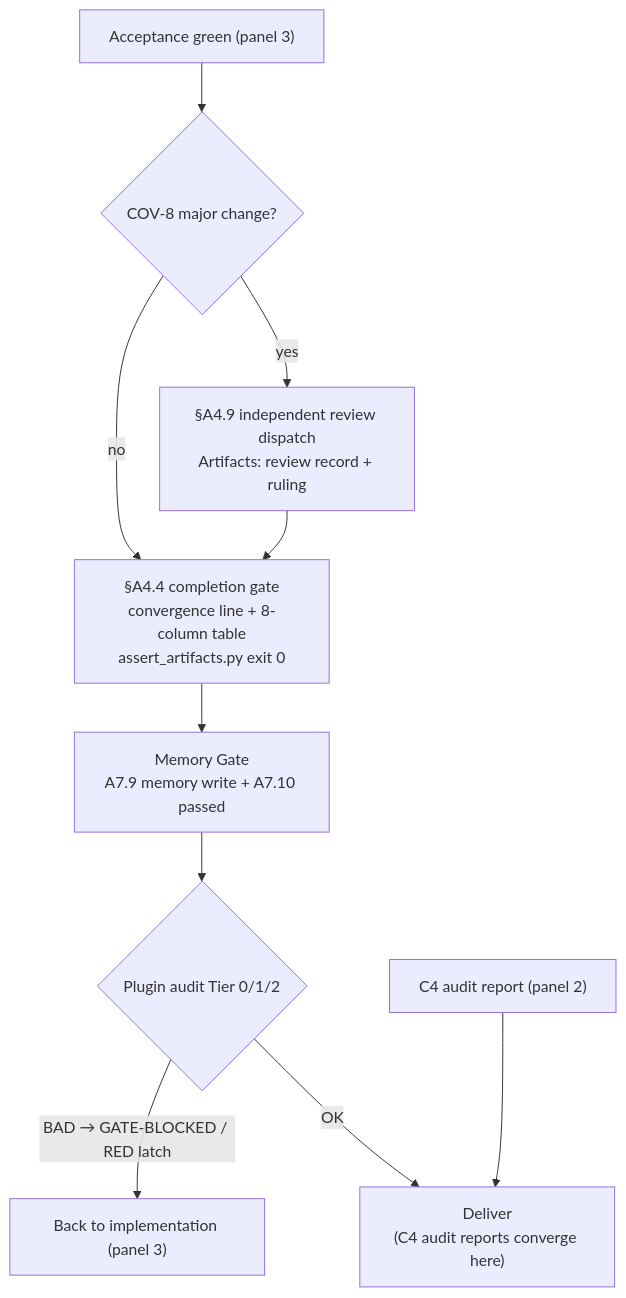
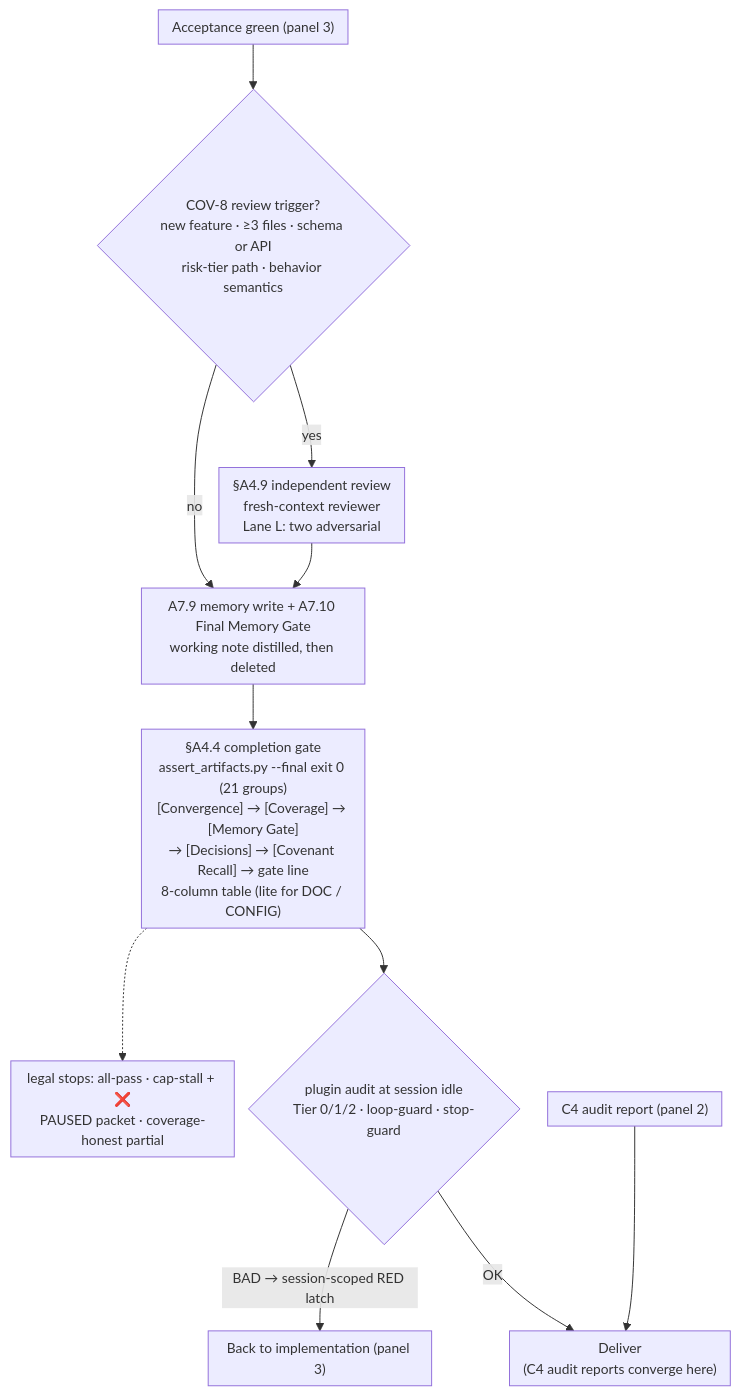
The diagram in docs/assets/workflow-4-en.mmd (logandoo/vibeweaver), drawn with Mermaid before and after one commit. The commit also changed 17 other files, not shown here.

First line of the commit message:
docs(readme): align workflow graphs with the payload, plain out the prose

```diff
--- a/docs/assets/workflow-4-en.mmd
+++ b/docs/assets/workflow-4-en.mmd
@@ -1,10 +1,12 @@
+%%{init: {"flowchart": {"nodeSpacing": 14, "rankSpacing": 46, "padding": 7}, "themeVariables": {"fontSize": "14px"}}}%%
 flowchart TD
-    J["Acceptance green (panel 3)"] --> K{"COV-8 major change?"}
-    K -->|"yes"| L["§A4.9 independent review dispatch<br/>Artifacts: review record + ruling"]
-    K -->|"no"| M["§A4.4 completion gate<br/>convergence line + 8-column table<br/>assert_artifacts.py exit 0"]
-    L --> M
-    M --> N["Memory Gate<br/>A7.9 memory write + A7.10 passed"]
-    N --> P{"Plugin audit Tier 0/1/2"}
-    P -->|"BAD → GATE-BLOCKED / RED latch"| E["Back to implementation (panel 3)"]
+    J["Acceptance green (panel 3)"] --> K{"COV-8 review trigger?<br/>new feature · ≥3 files · schema or API<br/>risk-tier path · behavior semantics"}
+    K -->|"yes"| L["§A4.9 independent review<br/>fresh-context reviewer<br/>Lane L: two adversarial"]
+    K -->|"no"| N["A7.9 memory write + A7.10 Final Memory Gate<br/>working note distilled, then deleted"]
+    L --> N
+    N --> M["§A4.4 completion gate<br/>assert_artifacts.py --final exit 0 (21 groups)<br/>[Convergence] → [Coverage] → [Memory Gate]<br/>→ [Decisions] → [Covenant Recall] → gate line<br/>8-column table (lite for DOC / CONFIG)"]
+    M -.-> S["legal stops: all-pass · cap-stall + ❌<br/>PAUSED packet · coverage-honest partial"]
+    M --> P{"plugin audit at session idle<br/>Tier 0/1/2 · loop-guard · stop-guard"}
+    P -->|"BAD → session-scoped RED latch"| E["Back to implementation (panel 3)"]
     P -->|"OK"| O["Deliver<br/>(C4 audit reports converge here)"]
     T4["C4 audit report (panel 2)"] --> O
```
